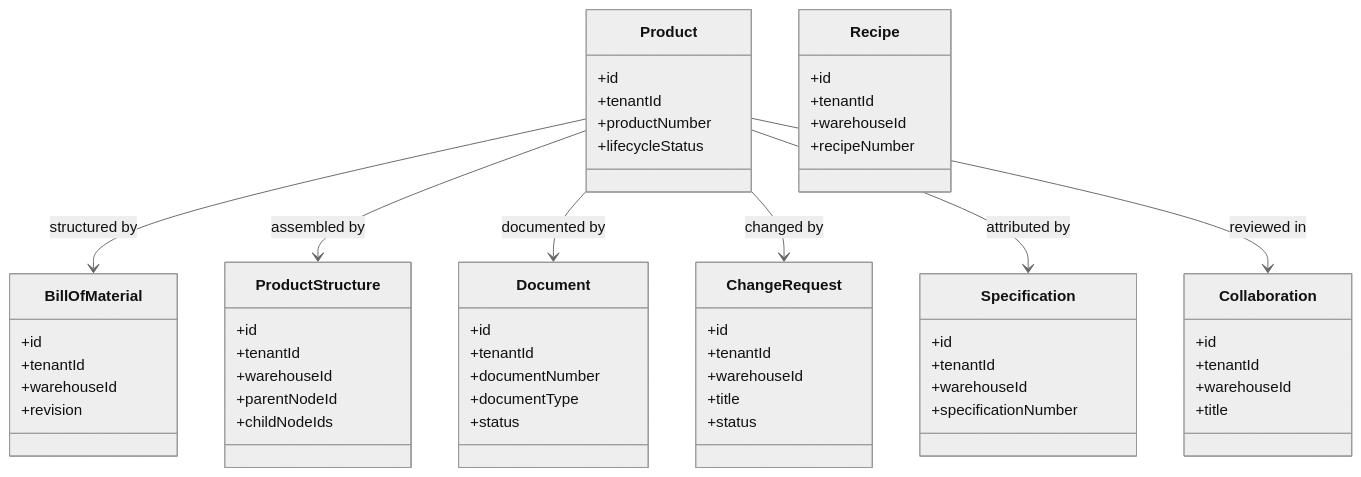
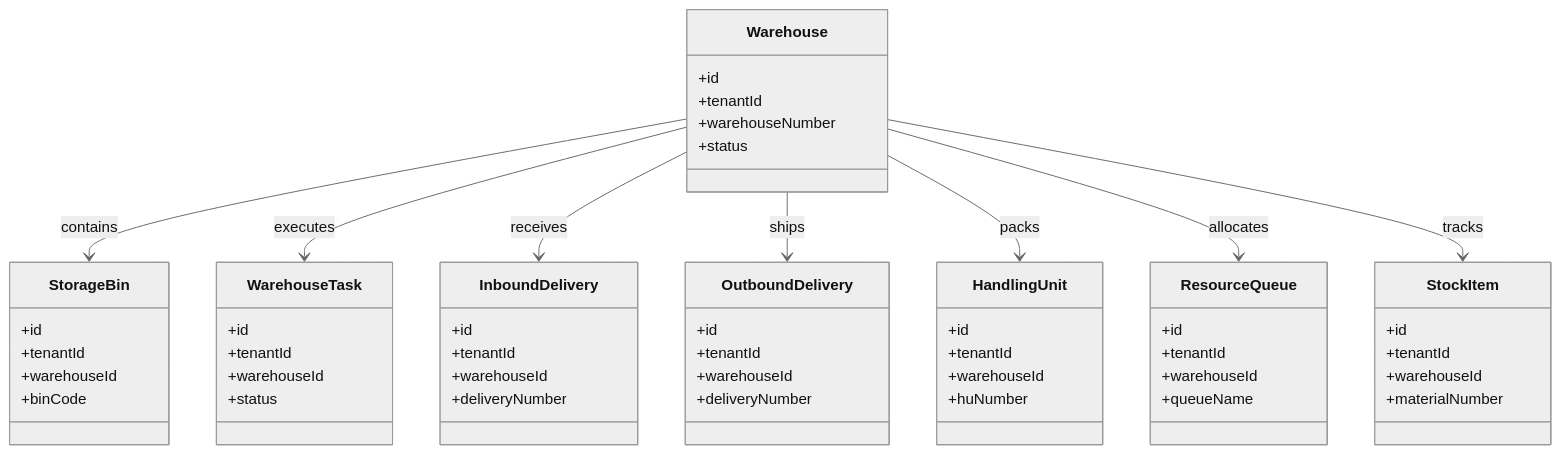
The first of 2 diagrams in ewm/UML.md (UIMSolutions/uim-software), drawn with Mermaid (neutral theme) before and after one commit. The commit also changed other lines of this file and 13 other files, not shown here.

````diff
--- a/ewm/UML.md
+++ b/ewm/UML.md
@@ -42,70 +42,68 @@
 ```mermaid
 classDiagram
     direction TB
 
-    class Product {
+    class Warehouse {
         +id
         +tenantId
-        +productNumber
-        +lifecycleStatus
-    }
-
-    class Document {
-        +id
-        +tenantId
-        +documentNumber
-        +documentType
+        +warehouseNumber
         +status
     }
 
-    class BillOfMaterial {
+    class StorageBin {
         +id
         +tenantId
         +warehouseId
-        +revision
+        +binCode
     }
 
-    class ProductStructure {
+    class WarehouseTask {
         +id
         +tenantId
         +warehouseId
-        +parentNodeId
-        +childNodeIds
+        +status
     }
 
-    class ChangeRequest {
+    class InboundDelivery {
         +id
         +tenantId
         +warehouseId
-        +title
-        +status
+        +deliveryNumber
     }
 
-    class Specification {
+    class OutboundDelivery {
         +id
         +tenantId
         +warehouseId
-        +specificationNumber
+        +deliveryNumber
     }
 
-    class Collaboration {
+    class HandlingUnit {
         +id
         +tenantId
         +warehouseId
-        +title
+        +huNumber
     }
 
-    class Recipe {
+    class ResourceQueue {
         +id
         +tenantId
         +warehouseId
-        +recipeNumber
+        +queueName
     }
 
-    Product --> BillOfMaterial : structured by
-    Product --> ProductStructure : assembled by
-    Product --> Document : documented by
-    Product --> ChangeRequest : changed by
-    Product --> Specification : attributed by
-    Product --> Collaboration : reviewed in
+    class StockItem {
+        +id
+        +tenantId
+        +warehouseId
+        +materialNumber
+    }
+
+    Warehouse --> StorageBin : contains
+    Warehouse --> WarehouseTask : executes
+    Warehouse --> InboundDelivery : receives
+    Warehouse --> OutboundDelivery : ships
+    Warehouse --> HandlingUnit : packs
+    Warehouse --> ResourceQueue : allocates
+    Warehouse --> StockItem : tracks
 ```
````
